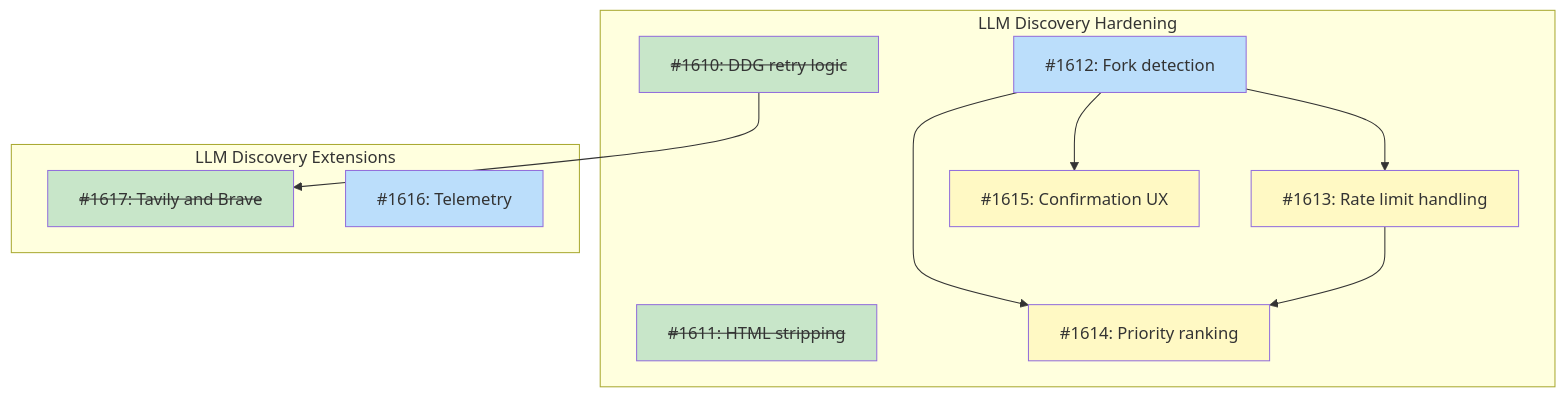
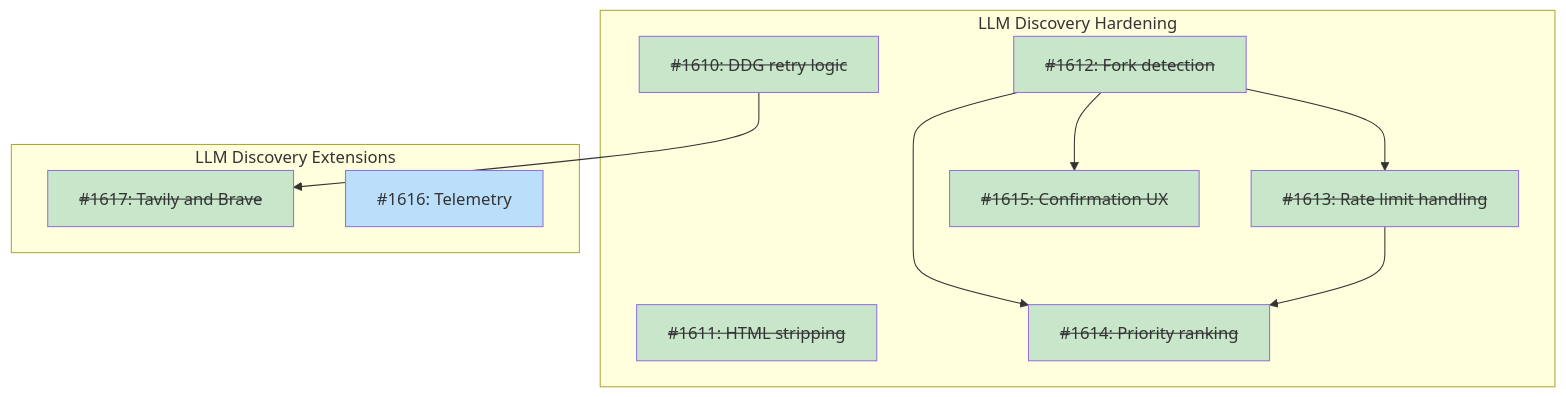
The diagram in docs/designs/DESIGN-llm-discovery-implementation.md (tsukumogami/tsuku), drawn with Mermaid before and after one commit. The commit also changed other lines of this file and 5 other files, not shown here.

First line of the commit message:
feat(discover): harden LLM discovery with fork detection, rate limiting, and ranking (#1620)

````diff
--- a/docs/designs/DESIGN-llm-discovery-implementation.md
+++ b/docs/designs/DESIGN-llm-discovery-implementation.md
@@ -61,31 +61,30 @@
 ```mermaid
 graph TD
     subgraph Hardening["LLM Discovery Hardening"]
         I1610["<s>#1610: DDG retry logic</s>"]
         I1611["<s>#1611: HTML stripping</s>"]
-        I1612["#1612: Fork detection"]
-        I1613["#1613: Rate limit handling"]
-        I1614["#1614: Priority ranking"]
-        I1615["#1615: Confirmation UX"]
+        I1612["<s>#1612: Fork detection</s>"]
+        I1613["<s>#1613: Rate limit handling</s>"]
+        I1614["<s>#1614: Priority ranking</s>"]
+        I1615["<s>#1615: Confirmation UX</s>"]
     end
 
     subgraph Extensions["LLM Discovery Extensions"]
         I1617["<s>#1617: Tavily and Brave</s>"]
         I1616["#1616: Telemetry"]
     end
 
     I1610 --> I1617
     I1612 --> I1613
     I1612 --> I1614
     I1612 --> I1615
     I1613 --> I1614
 
     classDef done fill:#c8e6c9
     classDef ready fill:#bbdefb
     classDef blocked fill:#fff9c4
     classDef needsDesign fill:#e1bee7
 
-    class I1610,I1611,I1617 done
-    class I1612,I1616 ready
-    class I1613,I1614,I1615 blocked
+    class I1610,I1611,I1612,I1613,I1614,I1615,I1617 done
+    class I1616 ready
 ```
````
